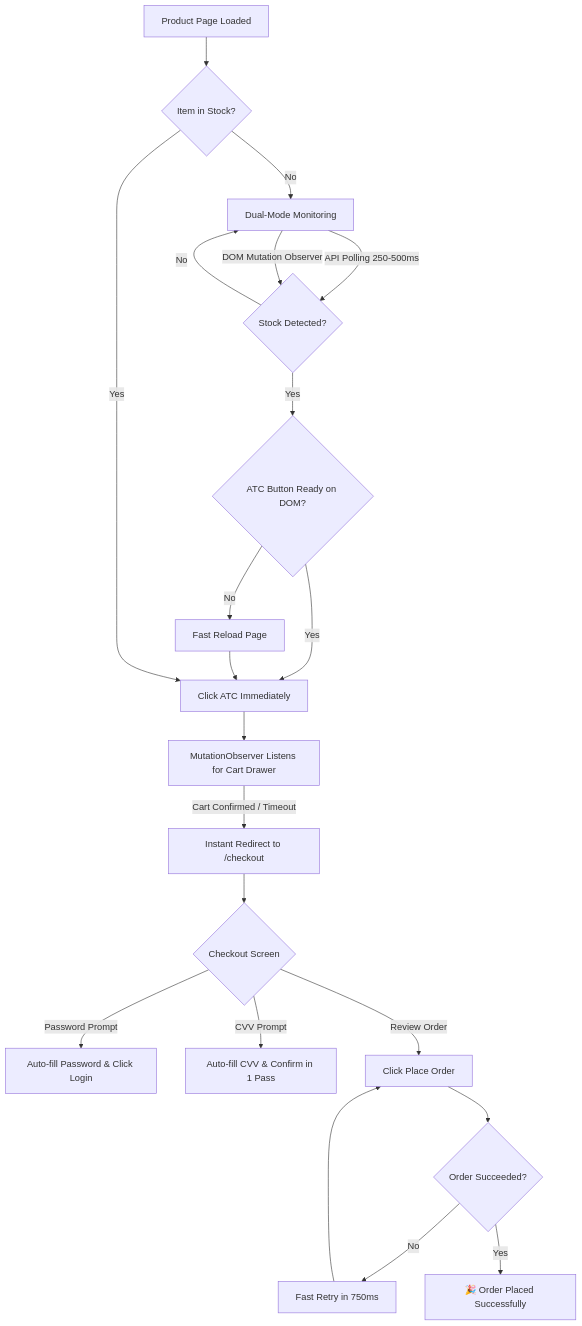
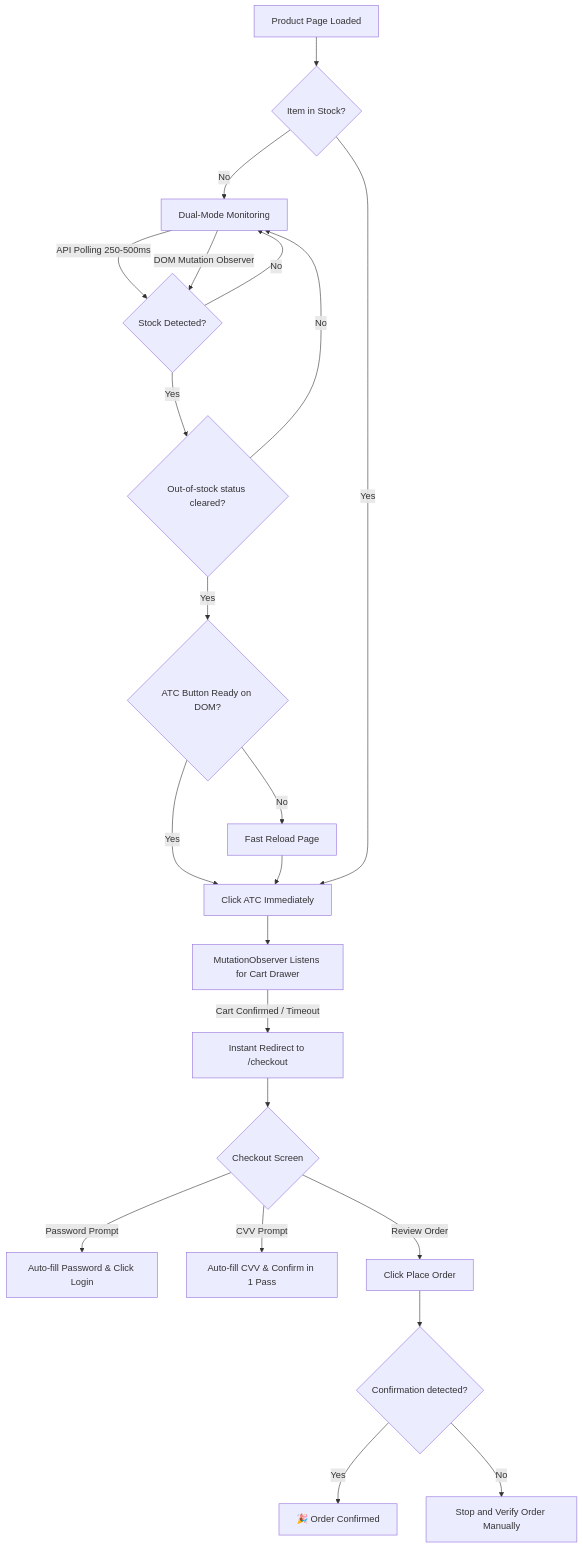
Before and after one commit to pythonicshariful/Target-Auto-Buyer: the diagram in README.md, drawn with Mermaid. The commit also changed other lines of this file and 2 other files, not shown here.

Commit message:
ui upgradeed

````diff
--- a/README.md
+++ b/README.md
@@ -105,21 +107,23 @@
 ```mermaid
 flowchart TD
     A[Product Page Loaded] --> B{Item in Stock?}
     B -- No --> C[Dual-Mode Monitoring]
     C -->|API Polling 250-500ms| D{Stock Detected?}
     C -->|DOM Mutation Observer| D
     D -- No --> C
-    D -- Yes --> E{ATC Button Ready on DOM?}
-    E -- Yes --> F[Click ATC Immediately]
-    E -- No --> G[Fast Reload Page] --> F
-    B -- Yes --> F
-    F --> H[MutationObserver Listens for Cart Drawer]
-    H -->|Cart Confirmed / Timeout| I[Instant Redirect to /checkout]
-    I --> J{Checkout Screen}
-    J -->|Password Prompt| K[Auto-fill Password & Click Login]
-    J -->|CVV Prompt| L[Auto-fill CVV & Confirm in 1 Pass]
-    J -->|Review Order| M[Click Place Order]
-    M --> N{Order Succeeded?}
-    N -- No --> O[Fast Retry in 750ms] --> M
-    N -- Yes --> P[🎉 Order Placed Successfully]
+    D -- Yes --> E{Out-of-stock status cleared?}
+    E -- No --> C
+    E -- Yes --> F{ATC Button Ready on DOM?}
+    F -- Yes --> G[Click ATC Immediately]
+    F -- No --> H[Fast Reload Page] --> G
+    B -- Yes --> G
+    G --> I[MutationObserver Listens for Cart Drawer]
+    I -->|Cart Confirmed / Timeout| J[Instant Redirect to /checkout]
+    J --> K{Checkout Screen}
+    K -->|Password Prompt| L[Auto-fill Password & Click Login]
+    K -->|CVV Prompt| M[Auto-fill CVV & Confirm in 1 Pass]
+    K -->|Review Order| N[Click Place Order]
+    N --> O{Confirmation detected?}
+    O -- Yes --> P[🎉 Order Confirmed]
+    O -- No --> Q[Stop and Verify Order Manually]
 ```
````
